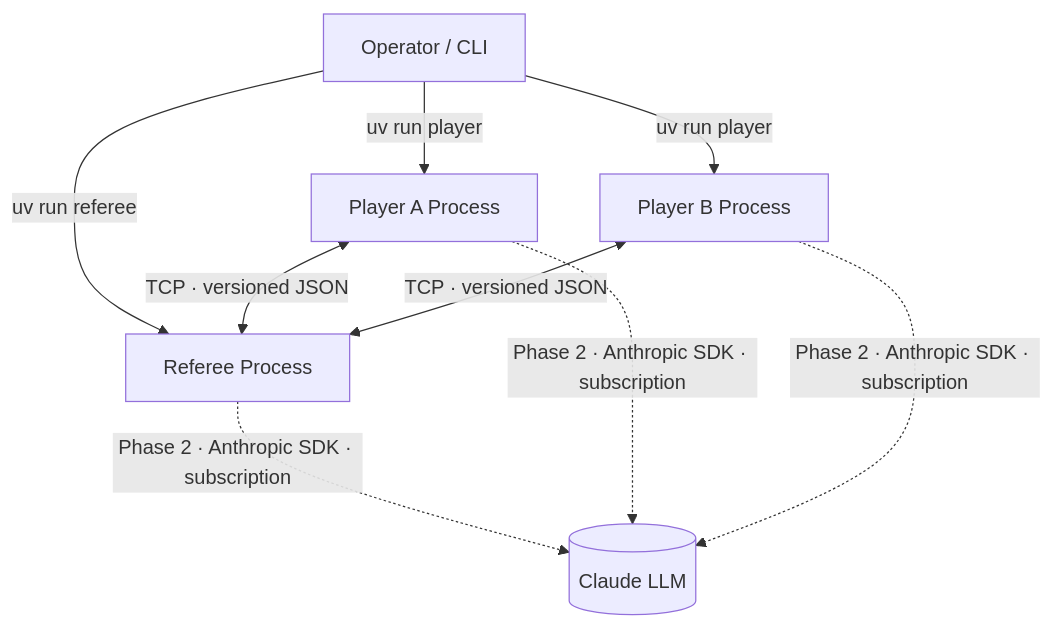
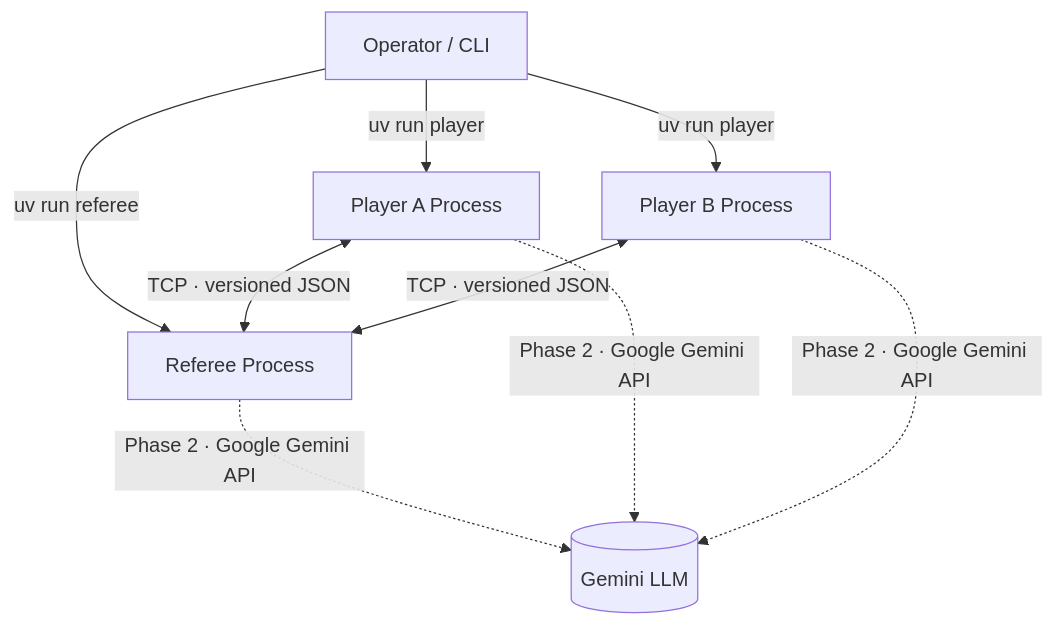
Before and after one commit to khaledmanaa11/AI_ORCHESTRATION_HW2: the first of 3 diagrams in docs/PLAN.md, drawn with Mermaid. The commit also changed other lines of this file and 2 other files, not shown here.

Commit message:
docs: reconcile PRD/PLAN to Gemini backend (was Anthropic)

````diff
--- a/docs/PLAN.md
+++ b/docs/PLAN.md
@@ -18,11 +18,11 @@
 ```mermaid
 graph TD
     OP[Operator / CLI] -->|uv run referee| REF[Referee Process]
     OP -->|uv run player| P1[Player A Process]
     OP -->|uv run player| P2[Player B Process]
     P1 <-->|TCP · versioned JSON| REF
     P2 <-->|TCP · versioned JSON| REF
-    REF -.->|Phase 2 · Anthropic SDK · subscription| LLM[(Claude LLM)]
-    P1  -.->|Phase 2 · Anthropic SDK · subscription| LLM
-    P2  -.->|Phase 2 · Anthropic SDK · subscription| LLM
+    REF -.->|Phase 2 · Google Gemini API| LLM[(Gemini LLM)]
+    P1  -.->|Phase 2 · Google Gemini API| LLM
+    P2  -.->|Phase 2 · Google Gemini API| LLM
 ```
````
